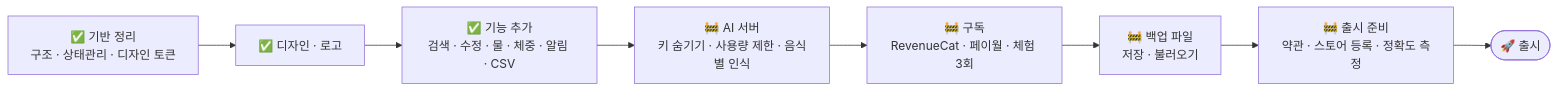
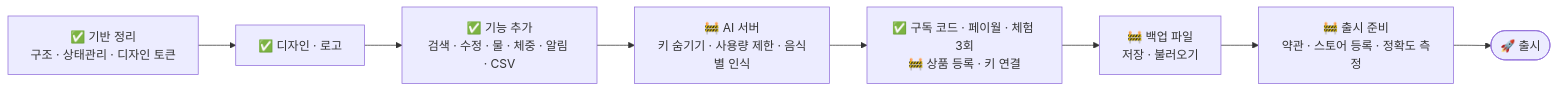
Before and after one commit to hae-company/snap-cal: the seventh of 7 diagrams in docs/ARCHITECTURE.md, drawn with Mermaid. The commit also changed other lines of this file and 24 other files, not shown here.

````diff
--- a/docs/ARCHITECTURE.md
+++ b/docs/ARCHITECTURE.md
@@ -264,10 +266,10 @@
 ```mermaid
 flowchart LR
   A["✅ 기반 정리<br>구조 · 상태관리 · 디자인 토큰"] --> B["✅ 디자인 · 로고"]
   B --> C["✅ 기능 추가<br>검색 · 수정 · 물 · 체중 · 알림 · CSV"]
   C --> D["🚧 AI 서버<br>키 숨기기 · 사용량 제한 · 음식별 인식"]
-  D --> E["🚧 구독<br>RevenueCat · 페이월 · 체험 3회"]
+  D --> E["✅ 구독 코드 · 페이월 · 체험 3회<br>🚧 상품 등록 · 키 연결"]
   E --> F["🚧 백업 파일<br>저장 · 불러오기"]
   F --> G["🚧 출시 준비<br>약관 · 스토어 등록 · 정확도 측정"]
   G --> H(["🚀 출시"])
 ```
````
